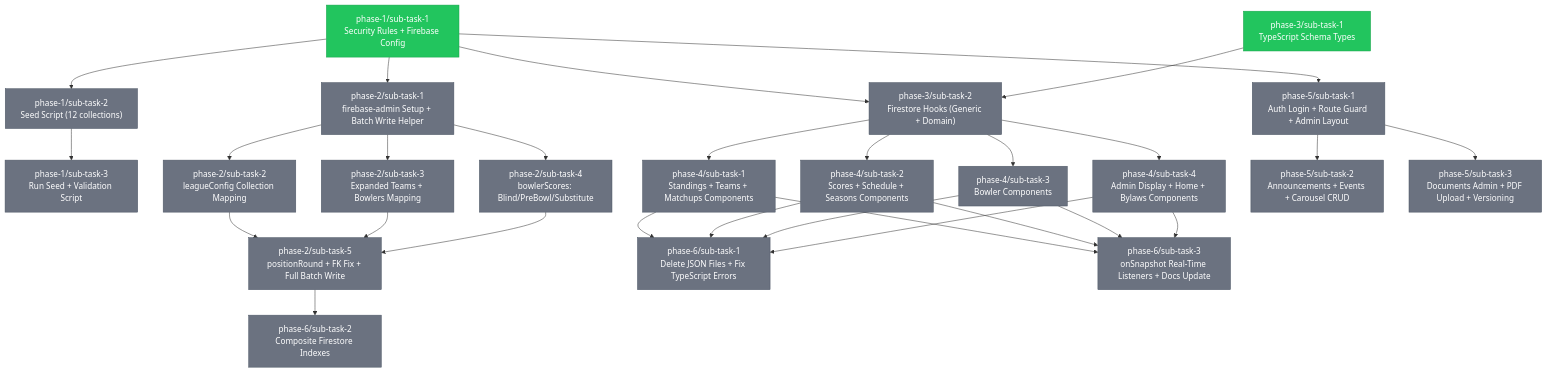
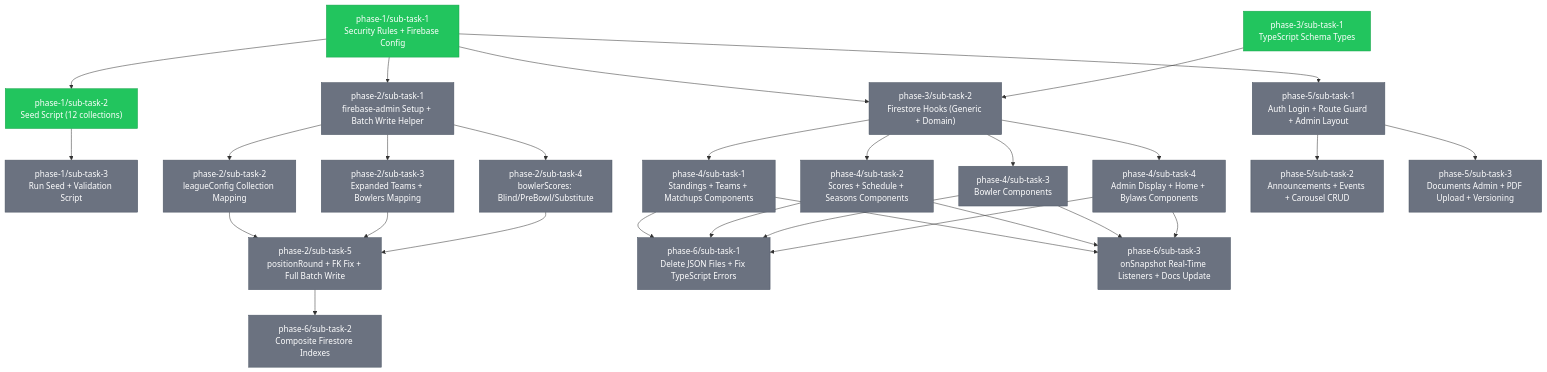
The diagram in .claude/tasks/TASKS.md (Bagwell-Oil-Imaging/late-night-happy-hour-league-site), drawn with Mermaid before and after one commit. The commit also changed other lines of this file, not shown here.

```diff
--- a/.claude/tasks/TASKS.md
+++ b/.claude/tasks/TASKS.md
@@ -85,7 +85,7 @@
 
     %% Apply status classes
     class P1S1 completed
-    class P1S2 pending
+    class P1S2 completed
     class P1S3 pending
     class P2S1 pending
     class P2S2 pending
```
